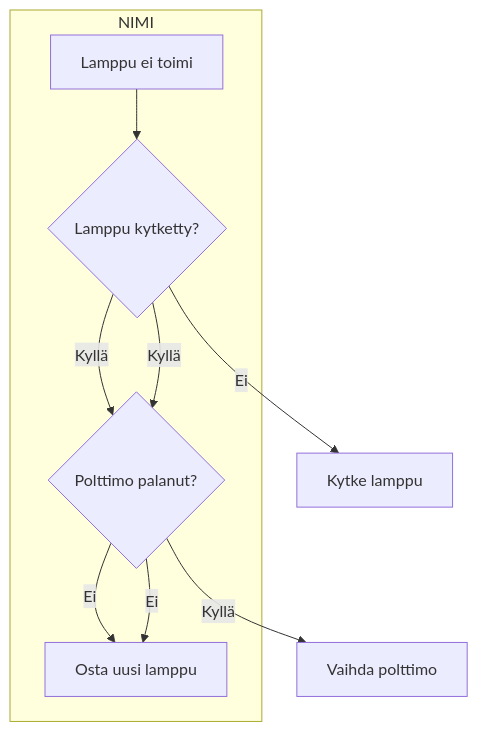
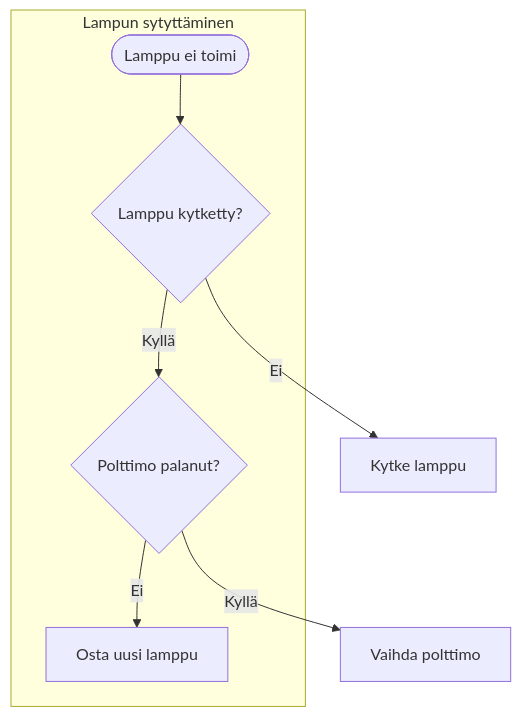
The second of 6 diagrams in README.md (Anssi22/vuokaaviot), drawn with Mermaid before and after one commit. The commit also changed other lines of this file, not shown here.

````diff
--- a/README.md
+++ b/README.md
@@ -17,12 +17,10 @@
 ```mermaid
 graph TD;
-    subgraph NIMI
-        A[Lamppu ei toimi] --> B{Lamppu kytketty?}
+    subgraph Lampun sytyttäminen
+        A([Lamppu ei toimi]) --> B{Lamppu kytketty?}
         B -- Kyllä --> D{Polttimo palanut?}
         D -- Ei --> F[Osta uusi lamppu]
     end
     B -- Ei --> C[Kytke lamppu]
-    B -- Kyllä --> D{Polttimo palanut?}
     D -- Kyllä --> E[Vaihda polttimo]
-    D -- Ei --> F[Osta uusi lamppu]
 ```
````
